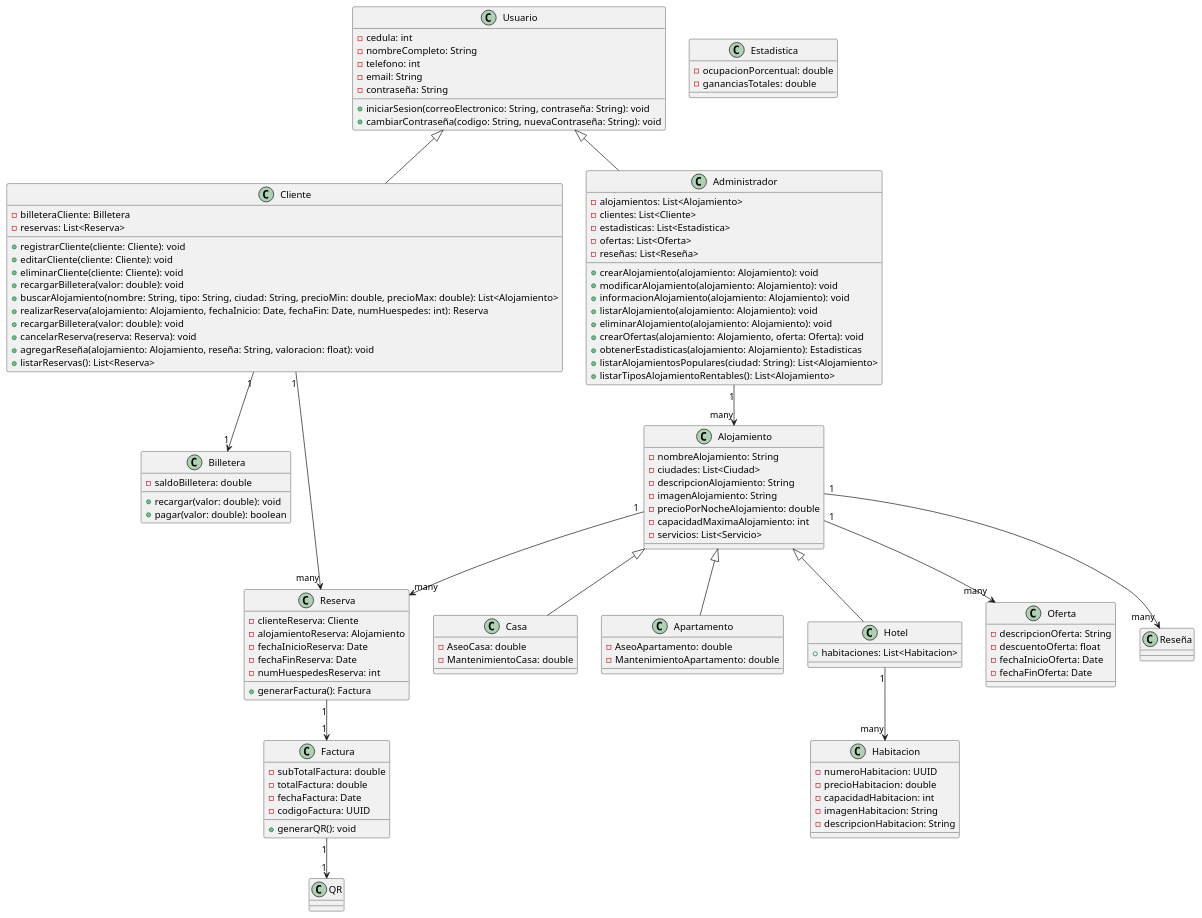
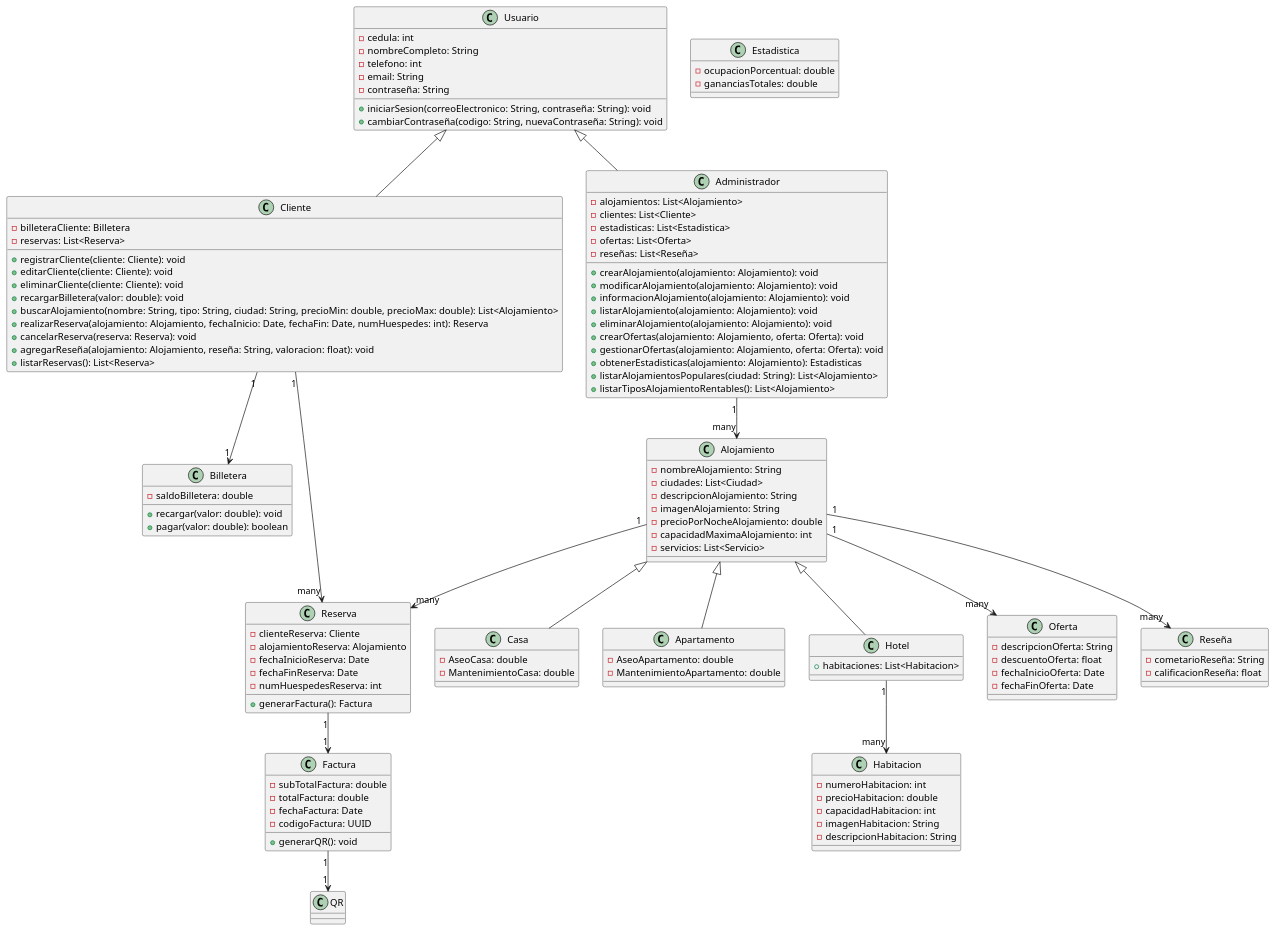
Before and after one commit to RedRos41/Programacion_2: the diagram in src/main/resources/img/DiagramaDeClases.puml, drawn with PlantUML. The commit also changed 1 other file, not shown here.

Commit message:
Se corrige los modelos y el DiagramaDeClases.puml

```diff
--- a/src/main/resources/img/DiagramaDeClases.puml
+++ b/src/main/resources/img/DiagramaDeClases.puml
@@ -1,124 +1,129 @@
 @startuml
 'https://plantuml.com/sequence-diagram
 
 class Usuario {
     - cedula: int
     - nombreCompleto: String
     - telefono: int
     - email: String
     - contraseña: String
     + iniciarSesion(correoElectronico: String, contraseña: String): void
     + cambiarContraseña(codigo: String, nuevaContraseña: String): void
 }
 
 class Cliente extends Usuario {
     - billeteraCliente: Billetera
     - reservas: List<Reserva>
     + registrarCliente(cliente: Cliente): void
     + editarCliente(cliente: Cliente): void
     + eliminarCliente(cliente: Cliente): void
     + recargarBilletera(valor: double): void
     + buscarAlojamiento(nombre: String, tipo: String, ciudad: String, precioMin: double, precioMax: double): List<Alojamiento>
     + realizarReserva(alojamiento: Alojamiento, fechaInicio: Date, fechaFin: Date, numHuespedes: int): Reserva
-    + recargarBilletera(valor: double): void
     + cancelarReserva(reserva: Reserva): void
     + agregarReseña(alojamiento: Alojamiento, reseña: String, valoracion: float): void
     + listarReservas(): List<Reserva>
 }
 
 class Administrador extends Usuario {
     - alojamientos: List<Alojamiento>
     - clientes: List<Cliente>
     - estadisticas: List<Estadistica>
     - ofertas: List<Oferta>
     - reseñas: List<Reseña>
     + crearAlojamiento(alojamiento: Alojamiento): void
     + modificarAlojamiento(alojamiento: Alojamiento): void
     + informacionAlojamiento(alojamiento: Alojamiento): void
     + listarAlojamiento(alojamiento: Alojamiento): void
     + eliminarAlojamiento(alojamiento: Alojamiento): void
     + crearOfertas(alojamiento: Alojamiento, oferta: Oferta): void
+    + gestionarOfertas(alojamiento: Alojamiento, oferta: Oferta): void
     + obtenerEstadisticas(alojamiento: Alojamiento): Estadisticas
     + listarAlojamientosPopulares(ciudad: String): List<Alojamiento>
     + listarTiposAlojamientoRentables(): List<Alojamiento>
 
 }
 
 class Alojamiento {
     - nombreAlojamiento: String
     - ciudades: List<Ciudad>
     - descripcionAlojamiento: String
     - imagenAlojamiento: String
     - precioPorNocheAlojamiento: double
     - capacidadMaximaAlojamiento: int
     - servicios: List<Servicio>
 }
 
 class Casa extends Alojamiento {
     - AseoCasa: double
     - MantenimientoCasa: double
 }
 
 class Apartamento extends Alojamiento {
     - AseoApartamento: double
     - MantenimientoApartamento: double
 }
 
 class Hotel extends Alojamiento {
     + habitaciones: List<Habitacion>
 }
 
 class Habitacion {
-    - numeroHabitacion: UUID
+    - numeroHabitacion: int
     - precioHabitacion: double
     - capacidadHabitacion: int
     - imagenHabitacion: String
     - descripcionHabitacion: String
 }
 
 class Billetera {
     - saldoBilletera: double
     + recargar(valor: double): void
     + pagar(valor: double): boolean
 }
 
 class Reserva {
     - clienteReserva: Cliente
     - alojamientoReserva: Alojamiento
     - fechaInicioReserva: Date
     - fechaFinReserva: Date
     - numHuespedesReserva: int
     + generarFactura(): Factura
 }
 
 class Factura {
     - subTotalFactura: double
     - totalFactura: double
     - fechaFactura: Date
     - codigoFactura: UUID
     + generarQR(): void
 }
 
 class Oferta {
     - descripcionOferta: String
     - descuentoOferta: float
     - fechaInicioOferta: Date
     - fechaFinOferta: Date
 }
 
 class Estadistica {
     - ocupacionPorcentual: double
     - gananciasTotales: double
 }
 
+class Reseña {
+    - cometarioReseña: String
+    - calificacionReseña: float
+}
+
 Cliente "1" --> "1" Billetera
 Administrador "1" --> "many" Alojamiento
 Cliente "1" --> "many" Reserva
 Alojamiento "1" --> "many" Oferta
 Alojamiento "1" --> "many" Reseña
 Alojamiento "1" --> "many" Reserva
 Reserva "1" --> "1" Factura
 Factura "1" --> "1" QR
 Hotel "1" --> "many" Habitacion
 
 @enduml
```
